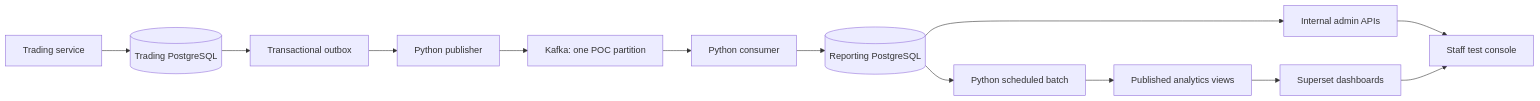
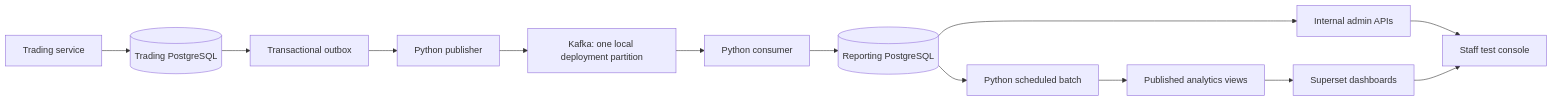
The diagram in docs/admin-analytics/architecture.md (AidanJones14/asset-avengers-project), drawn with Mermaid before and after one commit. The commit also changed other lines of this file and 78 other files, not shown here.

````diff
--- a/docs/admin-analytics/architecture.md
+++ b/docs/admin-analytics/architecture.md
@@ -11,15 +11,15 @@
 ```mermaid
 flowchart LR
     T[Trading service] --> D[(Trading PostgreSQL)]
     D --> O[Transactional outbox]
     O --> P[Python publisher]
-    P --> K[Kafka: one POC partition]
+    P --> K[Kafka: one local deployment partition]
     K --> C[Python consumer]
     C --> R[(Reporting PostgreSQL)]
     R --> A[Internal admin APIs]
     R --> B[Python scheduled batch]
     B --> V[Published analytics views]
     V --> S[Superset dashboards]
     A --> UI[Staff test console]
     S --> UI
 ```
````
